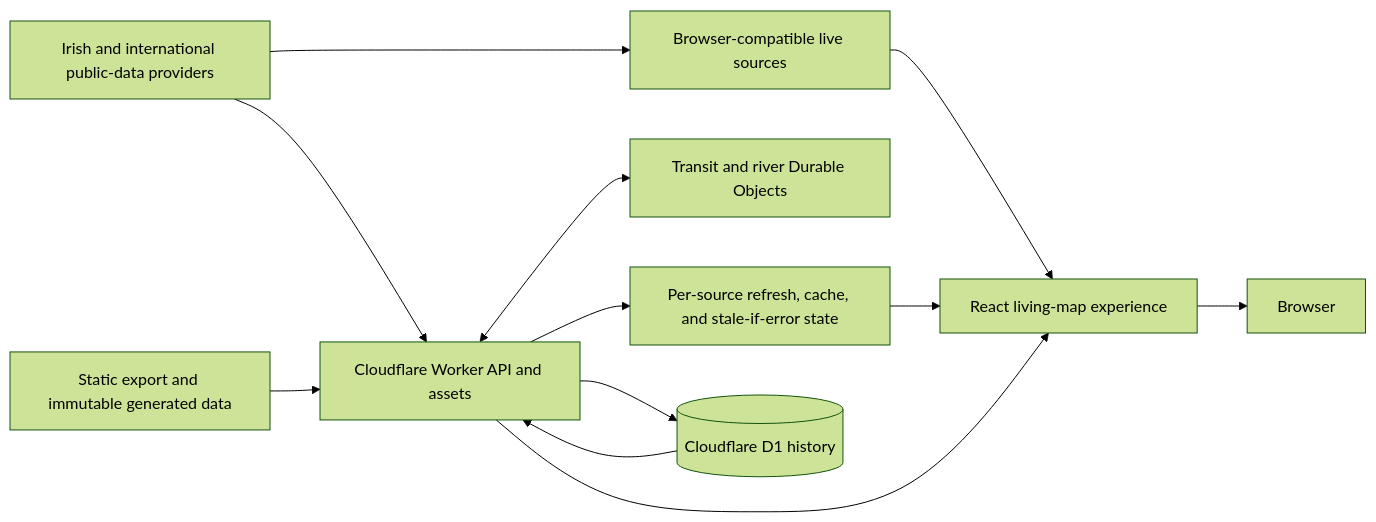
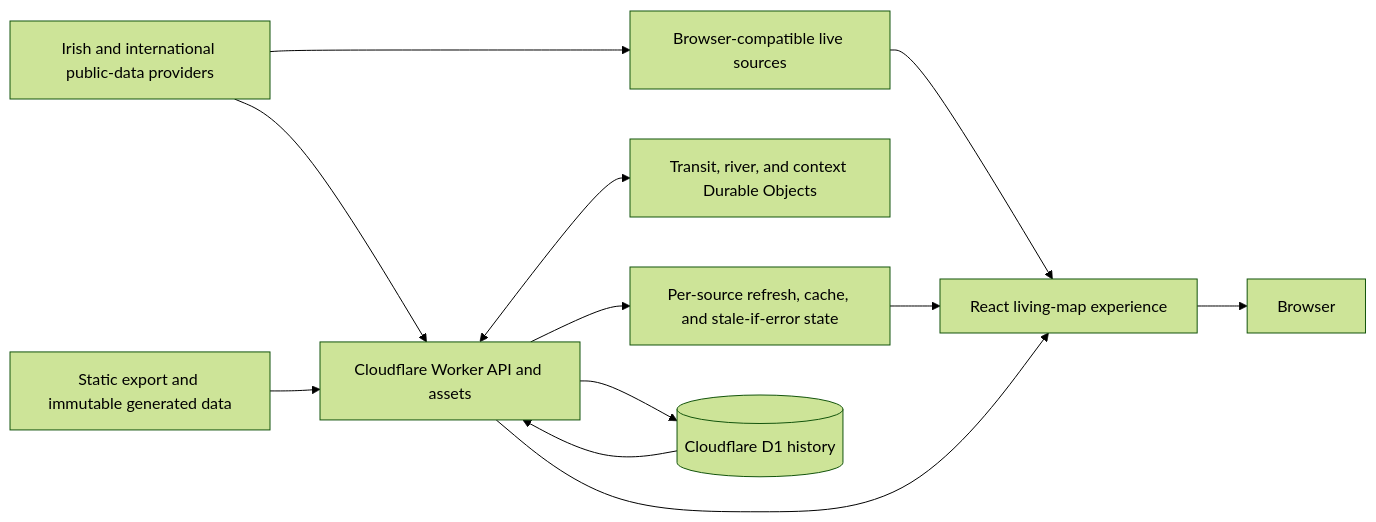
The diagram in ARCHITECTURE.md (koya-illek/a-day-in-ireland), drawn with Mermaid (forest theme) before and after one commit. The commit also changed other lines of this file and 34 other files, not shown here.

````diff
--- a/ARCHITECTURE.md
+++ b/ARCHITECTURE.md
@@ -30,19 +30,19 @@
 ```mermaid
 flowchart LR
     Sources[Irish and international public-data providers]
     BrowserSources[Browser-compatible live sources]
     Worker[Cloudflare Worker API and assets]
-    Coordinators[Transit and river Durable Objects]
+    Coordinators[Transit, river, and context Durable Objects]
     Context[Per-source refresh, cache, and stale-if-error state]
     History[(Cloudflare D1 history)]
     Assets[Static export and immutable generated data]
     UI[React living-map experience]
     User[Browser]
 
     Sources --> BrowserSources --> UI
     Sources --> Worker --> Context --> UI
     Worker <--> Coordinators
     Worker --> History
     History --> Worker
     Assets --> Worker --> UI --> User
 ```
````
